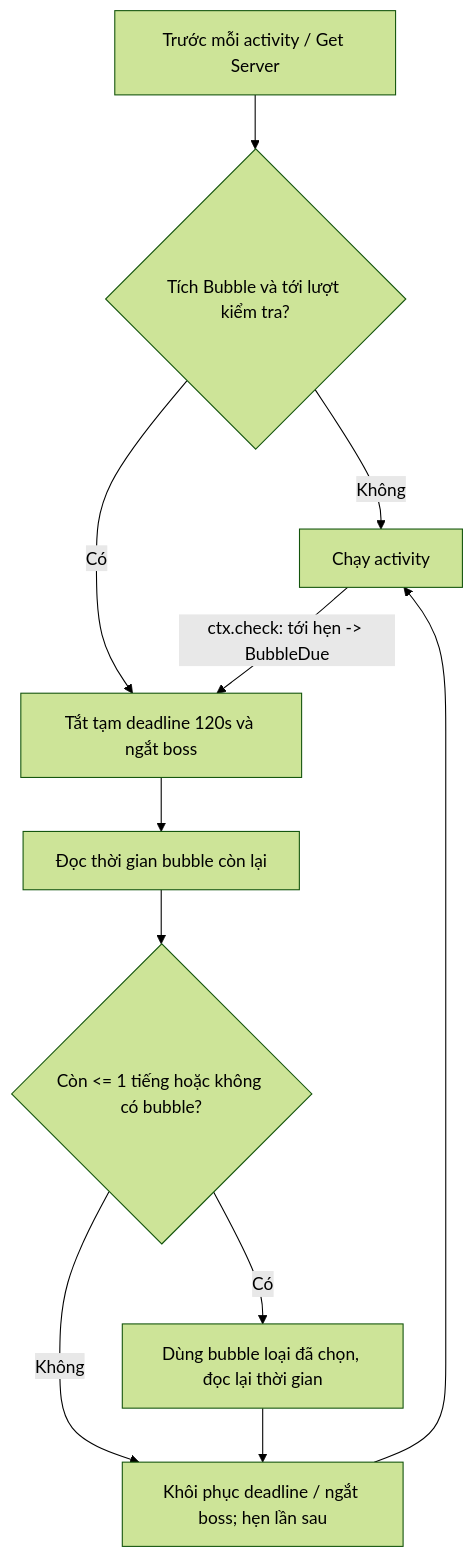
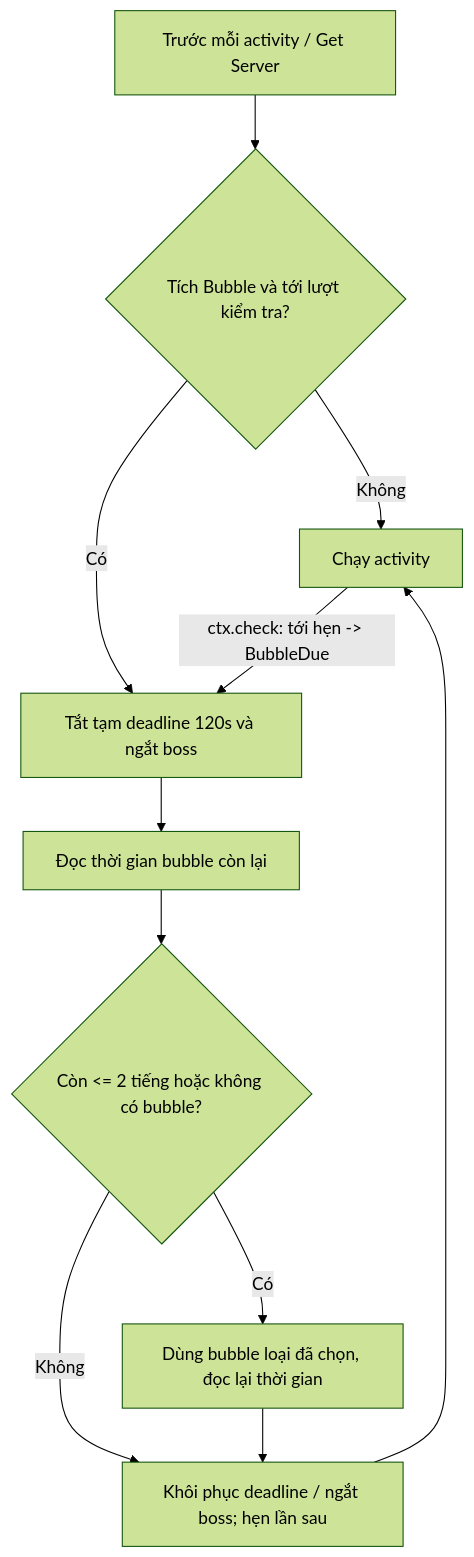
One commit to Hoangkz/EvonyBot changed the third of 4 diagrams in bot/worker/FLOW.md. Above: the diagram before and after it, drawn with Mermaid (forest theme). The commit also changed other lines of this file and 119 other files, not shown here.

````diff
--- a/bot/worker/FLOW.md
+++ b/bot/worker/FLOW.md
@@ -104,13 +104,13 @@
 ```mermaid
 flowchart TD
     A[Trước mỗi activity / Get Server] --> B{Tích Bubble và tới lượt kiểm tra?}
     B -->|Không| R[Chạy activity]
     B -->|Có| C[Tắt tạm deadline 120s và ngắt boss]
     C --> D[Đọc thời gian bubble còn lại]
-    D --> E{Còn <= 1 tiếng hoặc không có bubble?}
+    D --> E{Còn <= 2 tiếng hoặc không có bubble?}
     E -->|Có| F[Dùng bubble loại đã chọn, đọc lại thời gian]
     E -->|Không| G
     F --> G[Khôi phục deadline / ngắt boss; hẹn lần sau]
     G --> R
     R -->|ctx.check: tới hẹn -> BubbleDue| C
 ```
````
